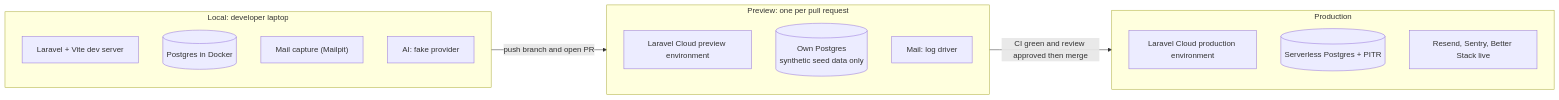
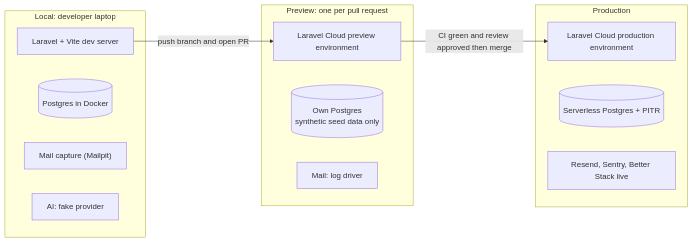
The second of 3 diagrams in devstep/docs/01-tech-stack-and-hosting.md (GhanshyamSoni68/app_idea), drawn with Mermaid before and after one commit. The commit also changed other lines of this file and 2 other files, not shown here.

Commit message:
Snapshot in-progress DevStep planning drafts
Claude-Session: https://claude.ai/code/session_01NetmNqrhCmwJnjt9RcVRC2

````diff
--- a/devstep/docs/01-tech-stack-and-hosting.md
+++ b/devstep/docs/01-tech-stack-and-hosting.md
@@ -180,21 +180,21 @@
 ```mermaid
 flowchart LR
   subgraph Local["Local: developer laptop"]
     L1["Laravel + Vite dev server"]
     L2[("Postgres in Docker")]
     L3["Mail capture (Mailpit)"]
     L4["AI: fake provider"]
   end
   subgraph Preview["Preview: one per pull request"]
     P1["Laravel Cloud preview environment"]
     P2[("Own Postgres<br/>synthetic seed data only")]
     P3["Mail: log driver"]
   end
   subgraph Prod["Production"]
     R1["Laravel Cloud production environment"]
     R2db[("Serverless Postgres + PITR")]
     R3["Resend, Sentry, Better Stack live"]
   end
-  Local -->|push branch and open PR| Preview
-  Preview -->|CI green and review approved then merge| Prod
+  L1 -->|push branch and open PR| P1
+  P1 -->|CI green and review approved then merge| R1
 ```
````
